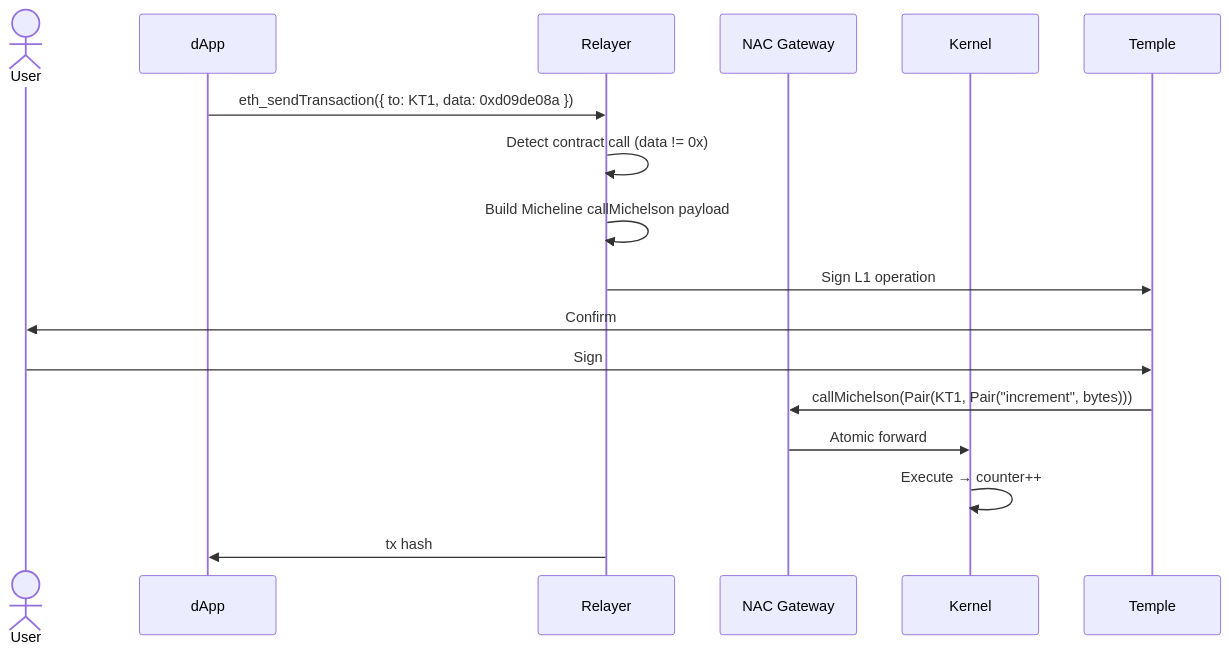
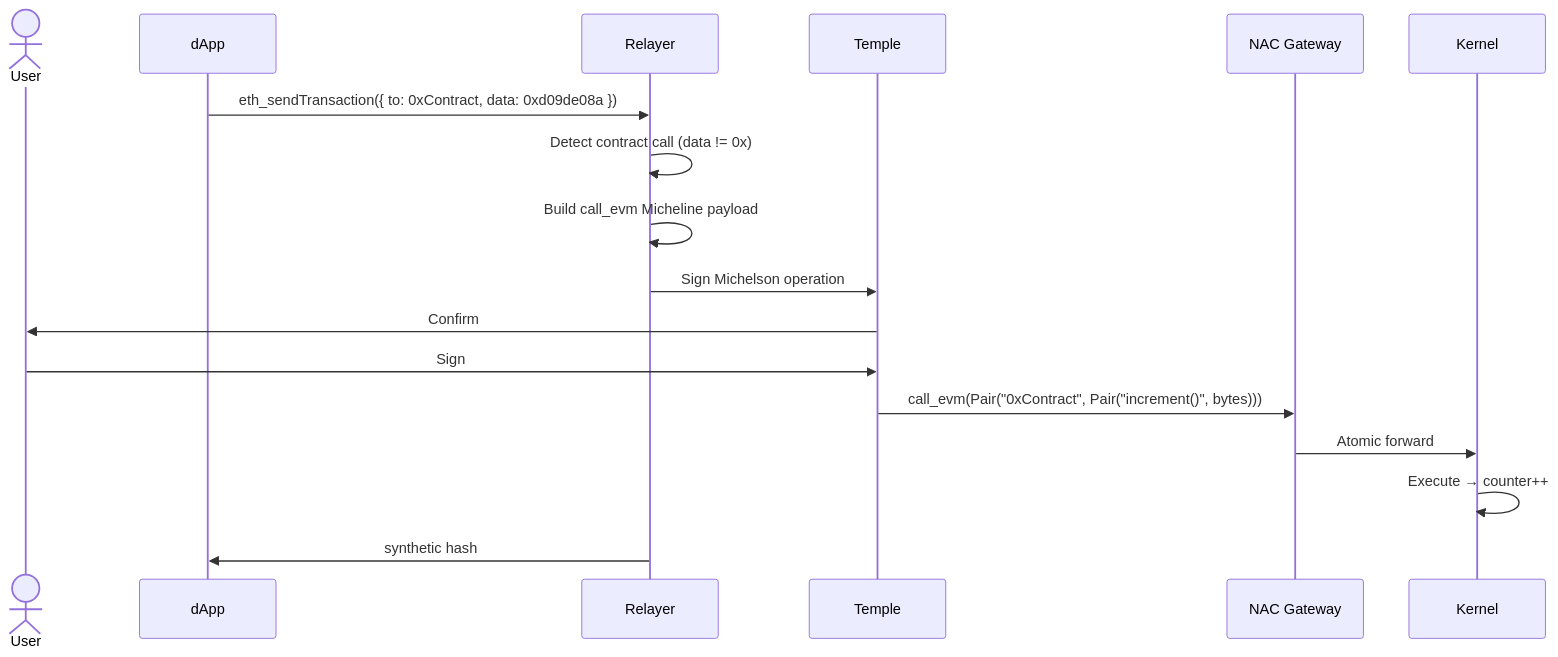
The diagram in website/docs/user-flows/smart-contract-call.md (Rasalghulsslayer/tezos-x-wallet-mod), drawn with Mermaid before and after one commit. The commit also changed other lines of this file and 57 other files, not shown here.

````diff
--- a/website/docs/user-flows/smart-contract-call.md
+++ b/website/docs/user-flows/smart-contract-call.md
@@ -36,19 +41,20 @@
 ```mermaid
 sequenceDiagram
     actor User
     participant dApp
     participant Relayer
+    participant Temple
     participant Gateway as NAC Gateway
     participant Kernel
 
-    dApp->>Relayer: eth_sendTransaction({ to: KT1, data: 0xd09de08a })
+    dApp->>Relayer: eth_sendTransaction({ to: 0xContract, data: 0xd09de08a })
     Relayer->>Relayer: Detect contract call (data != 0x)
-    Relayer->>Relayer: Build Micheline callMichelson payload
-    Relayer->>Temple: Sign L1 operation
+    Relayer->>Relayer: Build call_evm Micheline payload
+    Relayer->>Temple: Sign Michelson operation
     Temple->>User: Confirm
     User->>Temple: Sign
-    Temple->>Gateway: callMichelson(Pair(KT1, Pair("increment", bytes)))
+    Temple->>Gateway: call_evm(Pair("0xContract", Pair("increment()", bytes)))
     Gateway->>Kernel: Atomic forward
     Kernel->>Kernel: Execute → counter++
-    Relayer->>dApp: tx hash
+    Relayer->>dApp: synthetic hash
 ```
````
